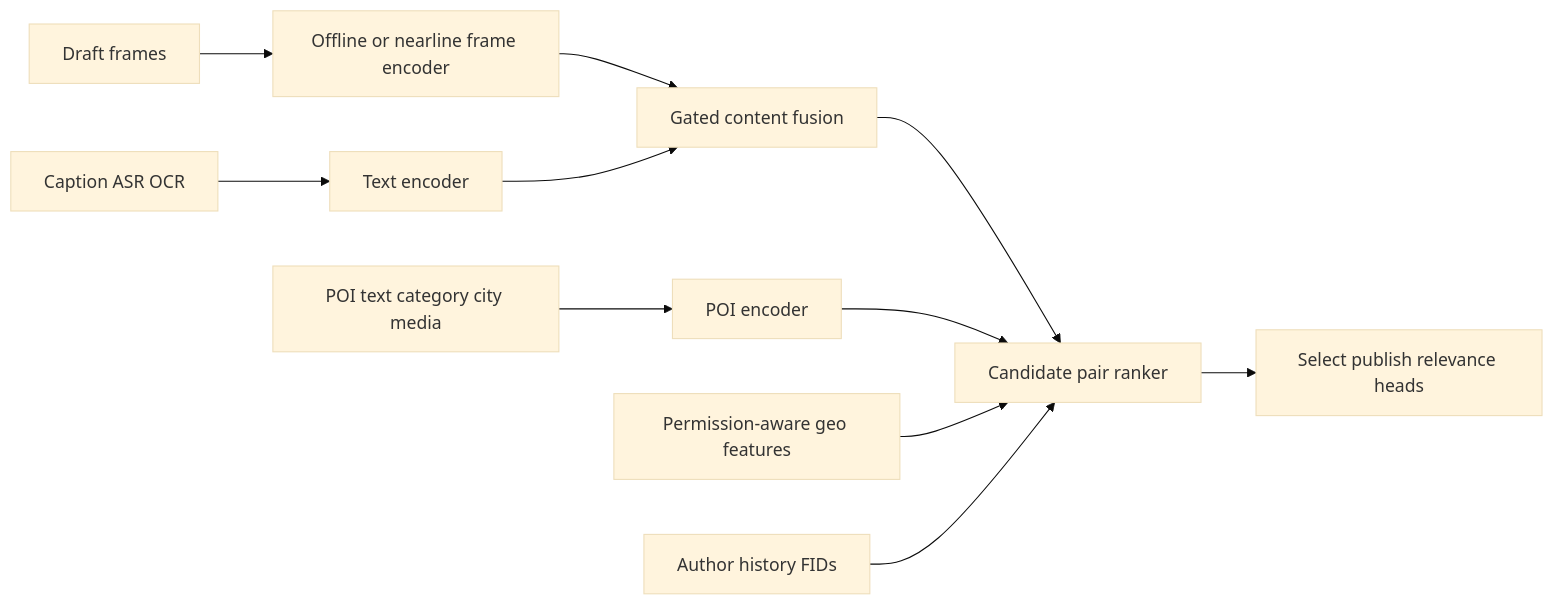
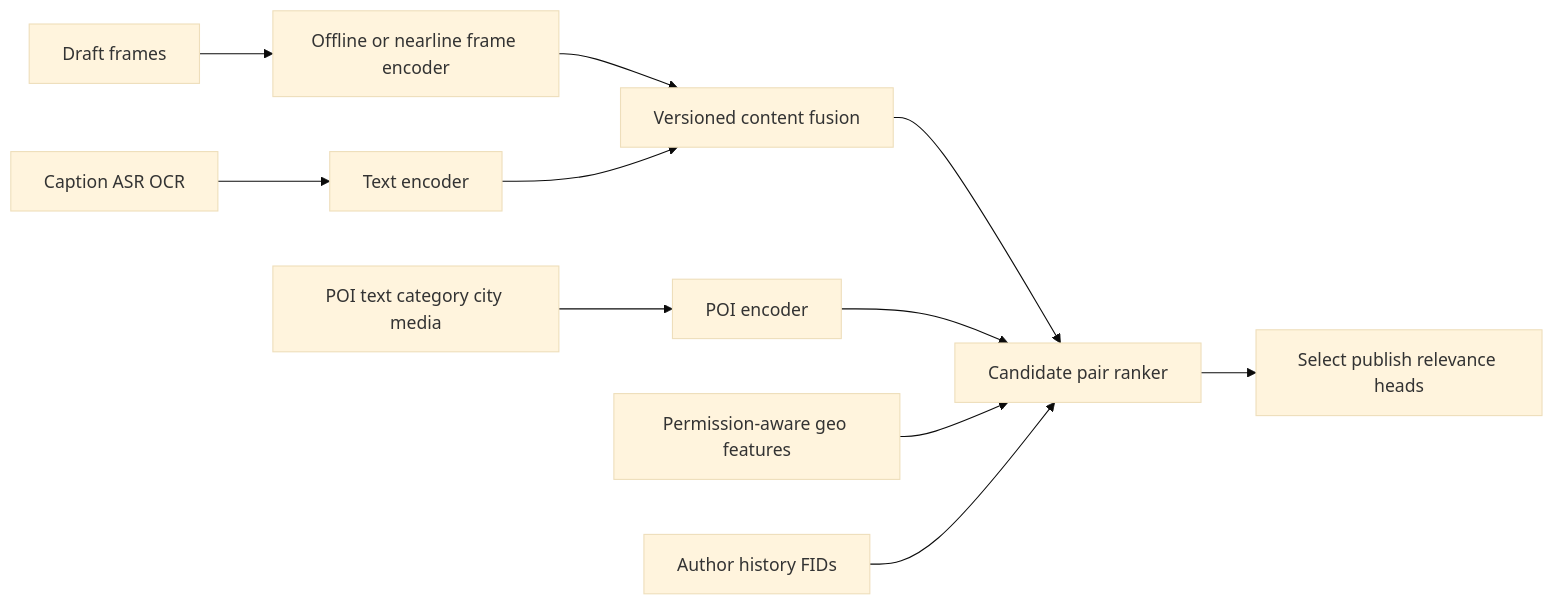
The diagram in POI_POSTING_MODEL.md (kleon1024/recsys-fid-system), drawn with Mermaid (base theme) before and after one commit. The commit also changed other lines of this file and 30 other files, not shown here.

````diff
--- a/POI_POSTING_MODEL.md
+++ b/POI_POSTING_MODEL.md
@@ -17,13 +17,13 @@
 ```mermaid
 flowchart LR
     V[Draft frames] --> E[Offline or nearline frame encoder]
     T[Caption ASR OCR] --> X[Text encoder]
-    E --> F[Gated content fusion]
+    E --> F[Versioned content fusion]
     X --> F
     P[POI text category city media] --> PE[POI encoder]
     F --> R[Candidate pair ranker]
     PE --> R
     G[Permission-aware geo features] --> R
     H[Author history FIDs] --> R
     R --> M[Select publish relevance heads]
 ```
````
